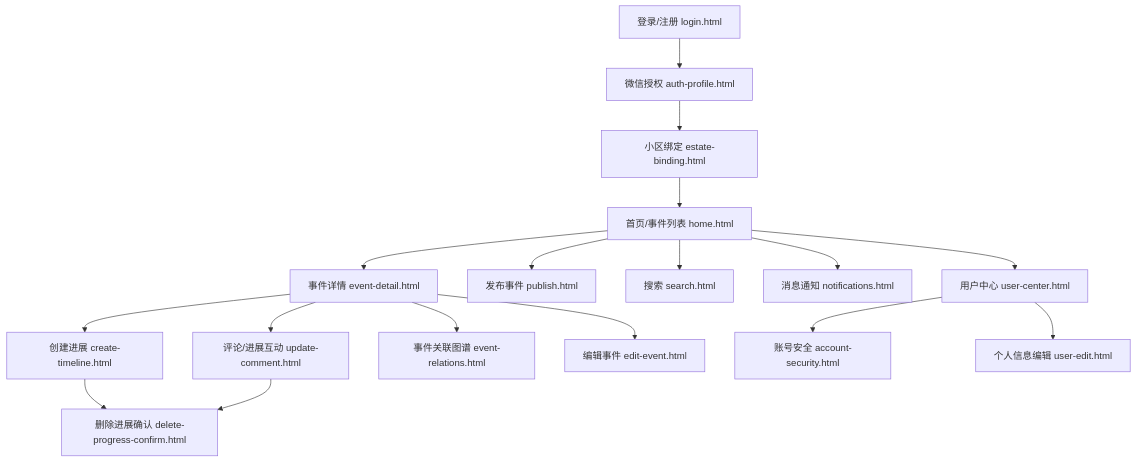
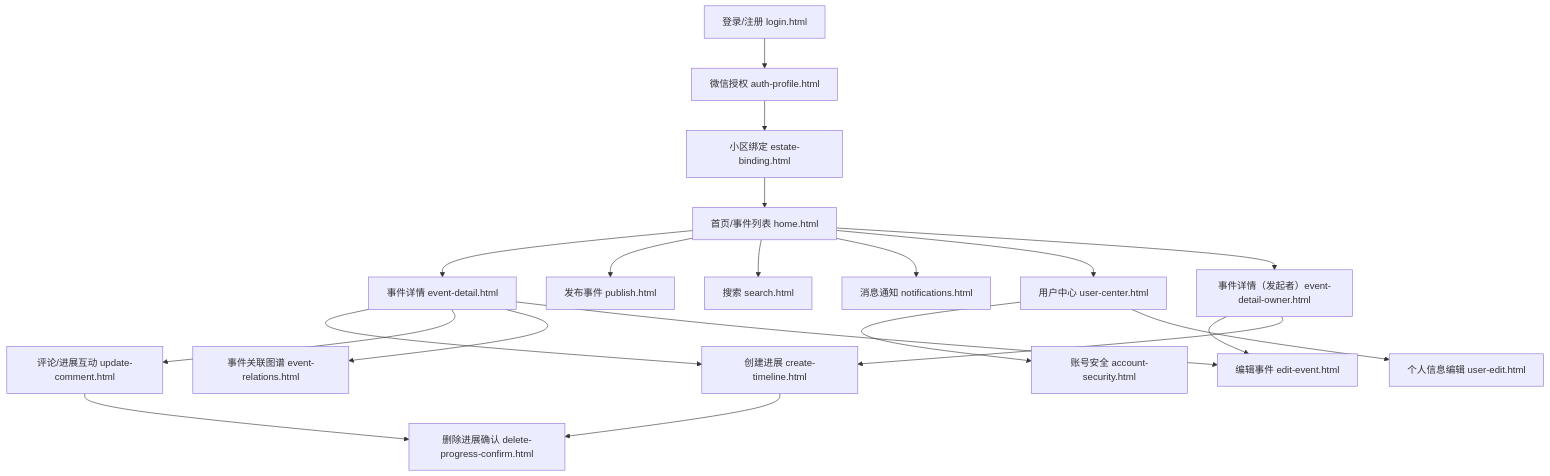
One commit to wuye2325/Event-Tracker changed the diagram in README.md. Above: the diagram before and after it, drawn with Mermaid. The commit also changed other lines of this file and 3 other files, not shown here.

````diff
--- a/README.md
+++ b/README.md
@@ -18,36 +18,40 @@
 ```mermaid
 graph TD
   A[登录/注册 login.html]
   B[微信授权 auth-profile.html]
   C[小区绑定 estate-binding.html]
   D[首页/事件列表 home.html]
   E[事件详情 event-detail.html]
   F[发布事件 publish.html]
   G[创建进展 create-timeline.html]
   H[评论/进展互动 update-comment.html]
   I[搜索 search.html]
   J[消息通知 notifications.html]
   K[用户中心 user-center.html]
   L[账号安全 account-security.html]
   M[个人信息编辑 user-edit.html]
   N[事件关联图谱 event-relations.html]
   O[删除进展确认 delete-progress-confirm.html]
   P[编辑事件 edit-event.html]
+  Q[事件详情（发起者）event-detail-owner.html]
 
   A --> B
   B --> C
   C --> D
   D --> E
   D --> F
   D --> I
   D --> J
   D --> K
   E --> G
   E --> H
   K --> L
   K --> M
   E --> N
   G --> O
   H --> O
   E --> P
+  D --> Q
+  Q --> P
+  Q --> G
 ```
````
